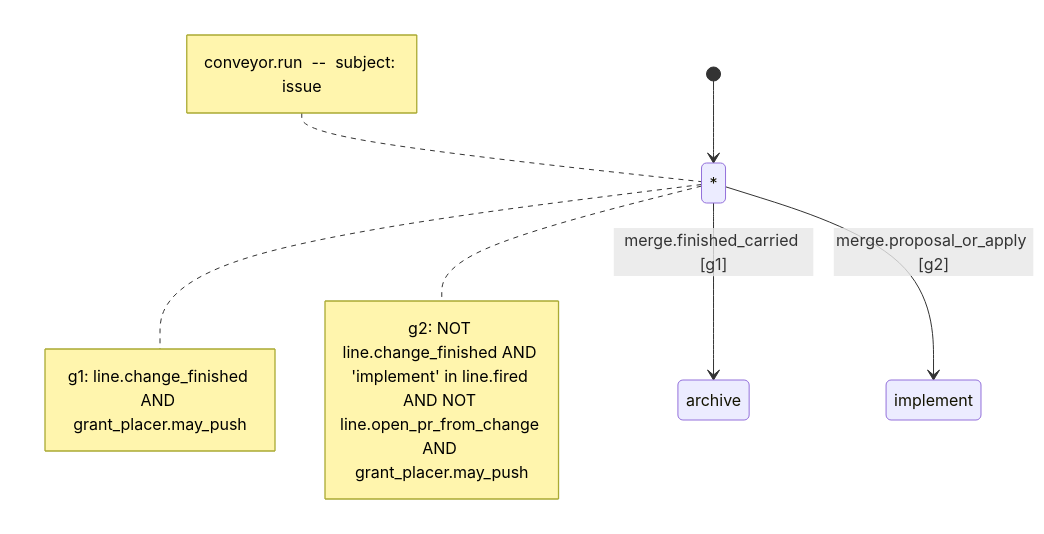
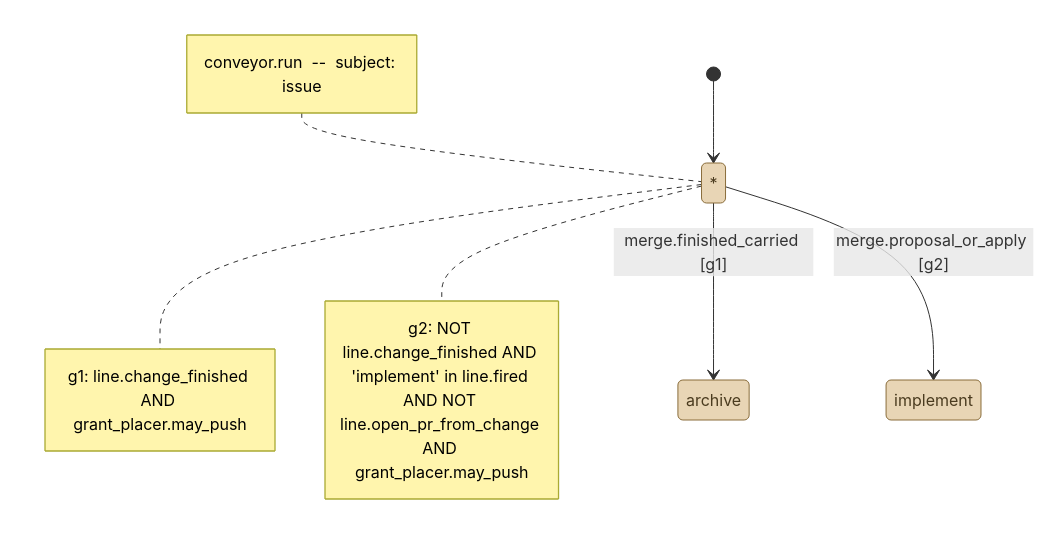
One commit to kostiantyn-matsebora/agent-ops-operator changed the diagram in .github/conveyor-model/mermaid/conveyor_run.mmd. Above: the diagram before and after it, drawn with Mermaid. The commit also changed 8 other files, not shown here.

```diff
--- a/.github/conveyor-model/mermaid/conveyor_run.mmd
+++ b/.github/conveyor-model/mermaid/conveyor_run.mmd
@@ -1,20 +1,23 @@
 stateDiagram-v2
     [*] --> any_state
     note left of any_state
         conveyor.run  --  subject: issue
     end note
+    classDef stationState fill:#e8d5b5,stroke:#8a6d3b,color:#4a3b1f
+    classDef loopState fill:#c9e4de,stroke:#2f6b5e,color:#1a3b33
     state "*" as any_state
     state none
     state implement
     state fix
     state merge
     state archive
     state stalled
     any_state --> archive : merge.finished_carried [g1]
     any_state --> implement : merge.proposal_or_apply [g2]
+    class none, implement, fix, merge, archive, stalled, any_state stationState
     note right of any_state
         g1: line.change_finished AND grant_placer.may_push
     end note
     note right of any_state
         g2: NOT line.change_finished AND 'implement' in line.fired AND NOT line.open_pr_from_change AND grant_placer.may_push
     end note
```
